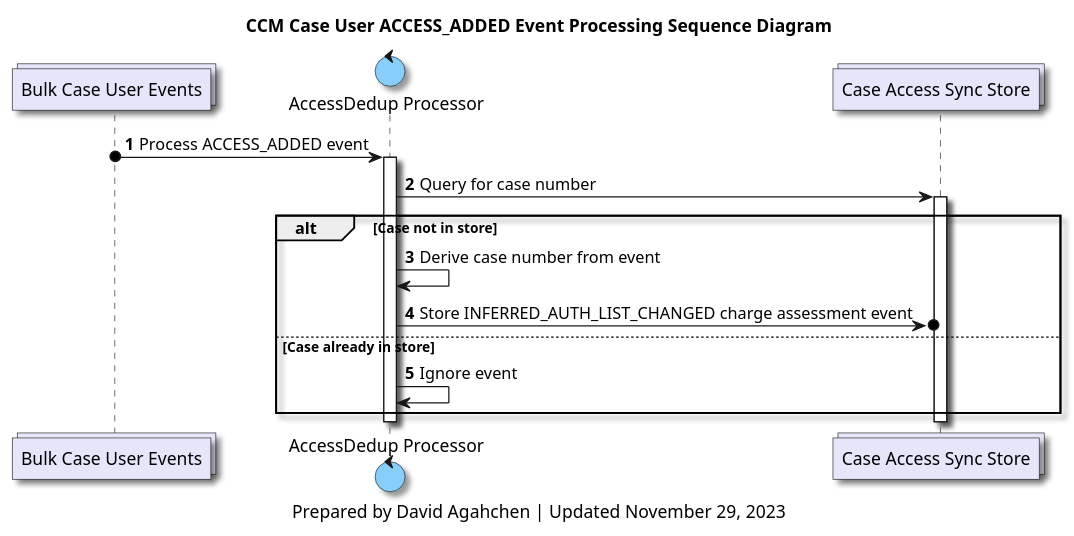
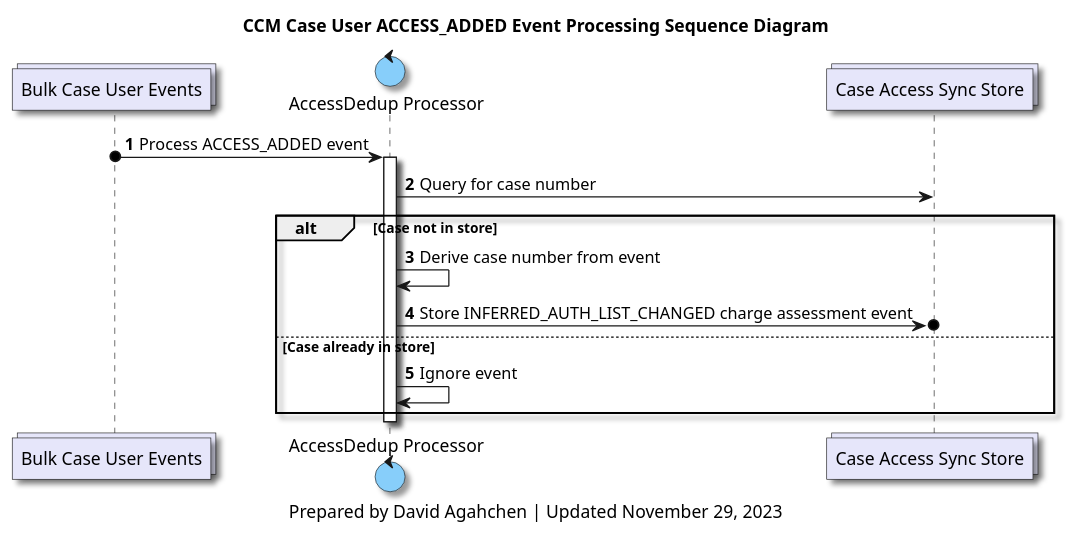
Before and after one commit to bcgov/jpss-jade-ccm: the diagram in diagrams/ccm_case_user_access_added_processing_sequence_diagram.plantuml, drawn with PlantUML. The commit also changed 1 other file, not shown here.

Commit message:
Fix case access processing sequence diagram

```diff
--- a/diagrams/ccm_case_user_access_added_processing_sequence_diagram.plantuml
+++ b/diagrams/ccm_case_user_access_added_processing_sequence_diagram.plantuml
@@ -1,43 +1,41 @@
 @startuml
 'hide footbox
 
 skinparam Shadowing true
 skinparam CollectionsBackgroundColor Lavender
 skinparam ControlBackgroundColor LightSkyBlue
 skinparam BoundaryBackgroundColor LightGrey
 
 /' 
 Available colours
 https://plantuml-documentation.readthedocs.io/en/latest/formatting/color-names.html
 '/
 
 collections bulk_case_users_topic as "Bulk Case User Events"
 control accessdedup_processor as "AccessDedup Processor"
 collections case_access_sync_store as "Case Access Sync Store"
 
 title
 CCM Case User ACCESS_ADDED Event Processing Sequence Diagram
 end title
 
 autonumber
 
 bulk_case_users_topic o-> accessdedup_processor : Process ACCESS_ADDED event
 activate accessdedup_processor
 
 accessdedup_processor -> case_access_sync_store: Query for case number
-activate case_access_sync_store
 
 alt Case not in store
     accessdedup_processor -> accessdedup_processor: Derive case number from event
     accessdedup_processor ->o case_access_sync_store: Store INFERRED_AUTH_LIST_CHANGED charge assessment event
 else Case already in store
     accessdedup_processor -> accessdedup_processor: Ignore event
 end
-deactivate case_access_sync_store
 
 deactivate accessdedup_processor
 
 caption
 Prepared by David Agahchen | Updated November 29, 2023
 end caption
 @enduml
```
